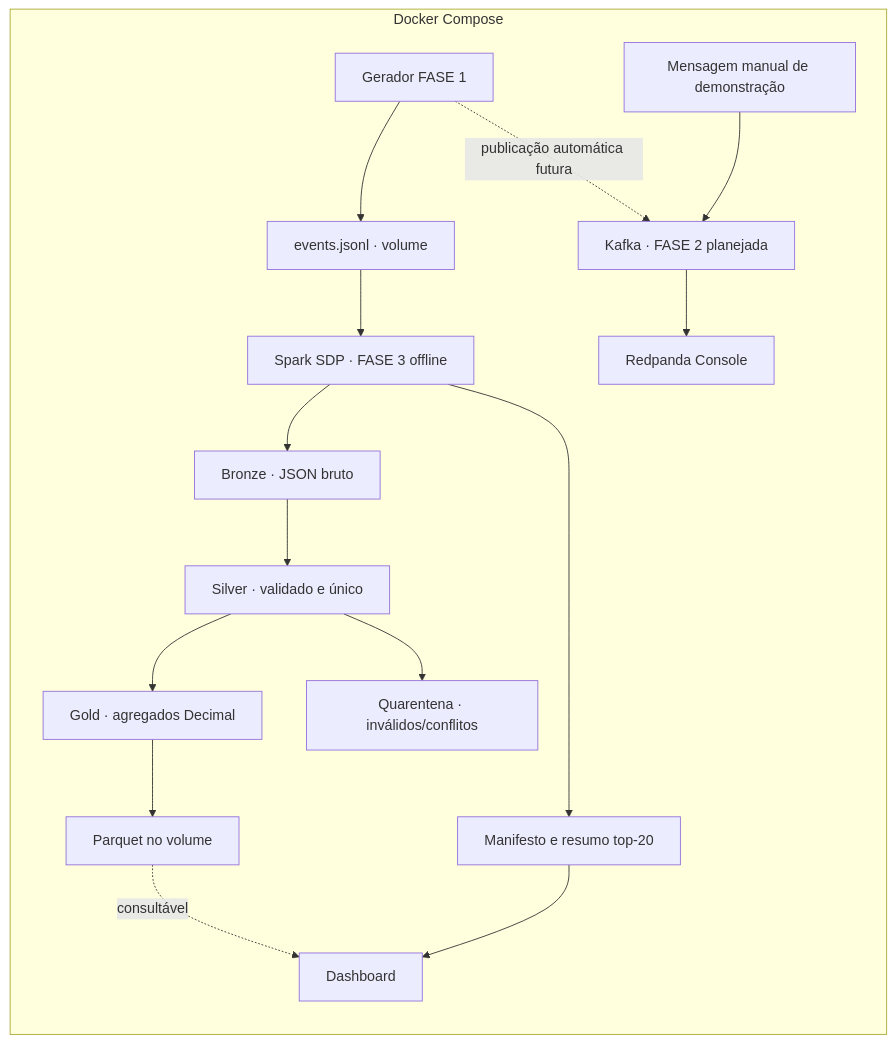
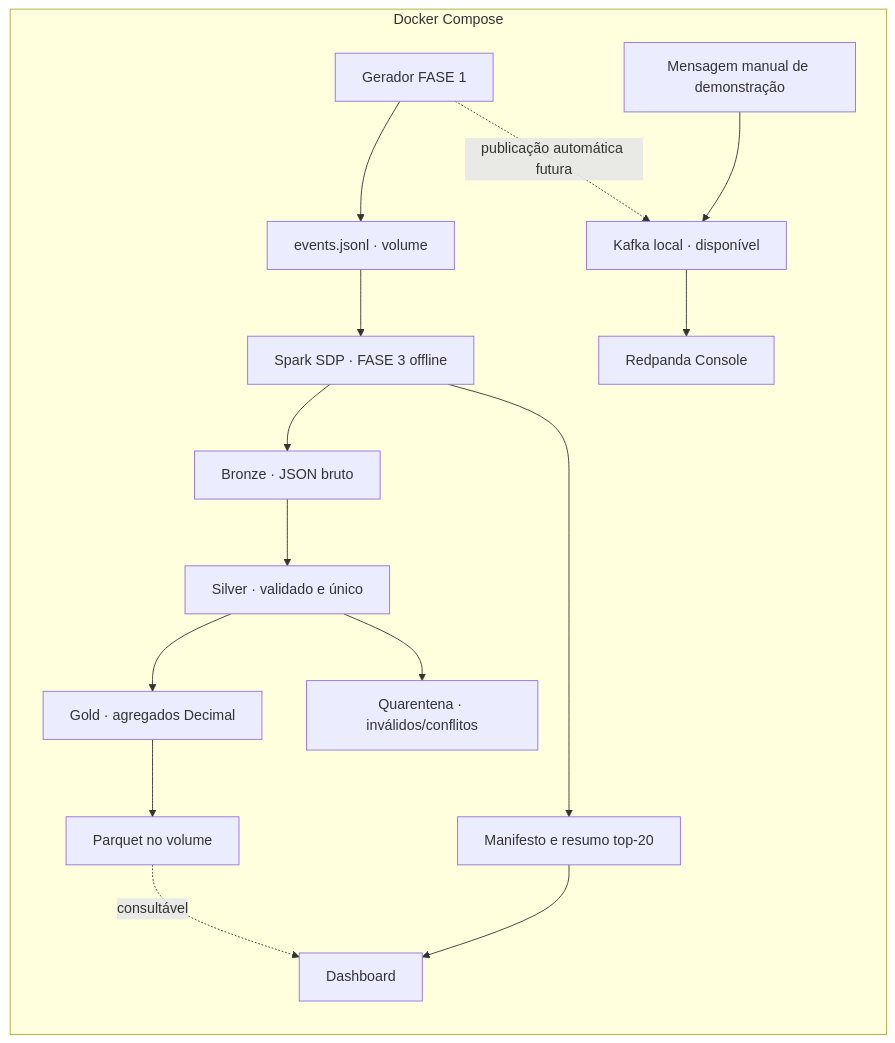
Before and after one commit to faelk8/pix_guard: the diagram in docs/source/arquitetura/index.rst, drawn with Mermaid. The commit also changed other lines of this file and 5 other files, not shown here.

Commit message:
docs: reconcile phase 3 execution and roadmap (Refs #12)

```diff
--- a/docs/source/arquitetura/index.rst
+++ b/docs/source/arquitetura/index.rst
@@ -13,18 +13,18 @@
 .. mermaid::
 
    flowchart LR
      subgraph compose[Docker Compose]
        GEN[Gerador FASE 1] --> JSONL[events.jsonl · volume]
        JSONL --> SDP[Spark SDP · FASE 3 offline]
        SDP --> B[Bronze · JSON bruto]
        B --> S[Silver · validado e único]
        S --> G[Gold · agregados Decimal]
        S --> Q[Quarentena · inválidos/conflitos]
        SDP --> M[Manifesto e resumo top-20]
        G --> PARQ[Parquet no volume]
        M --> DASH[Dashboard]
        PARQ -. consultável .-> DASH
-       K[Kafka · FASE 2 planejada] --> CONSOLE[Redpanda Console]
+       K[Kafka local · disponível] --> CONSOLE[Redpanda Console]
        DEMO[Mensagem manual de demonstração] --> K
      end
      GEN -. publicação automática futura .-> K
```
